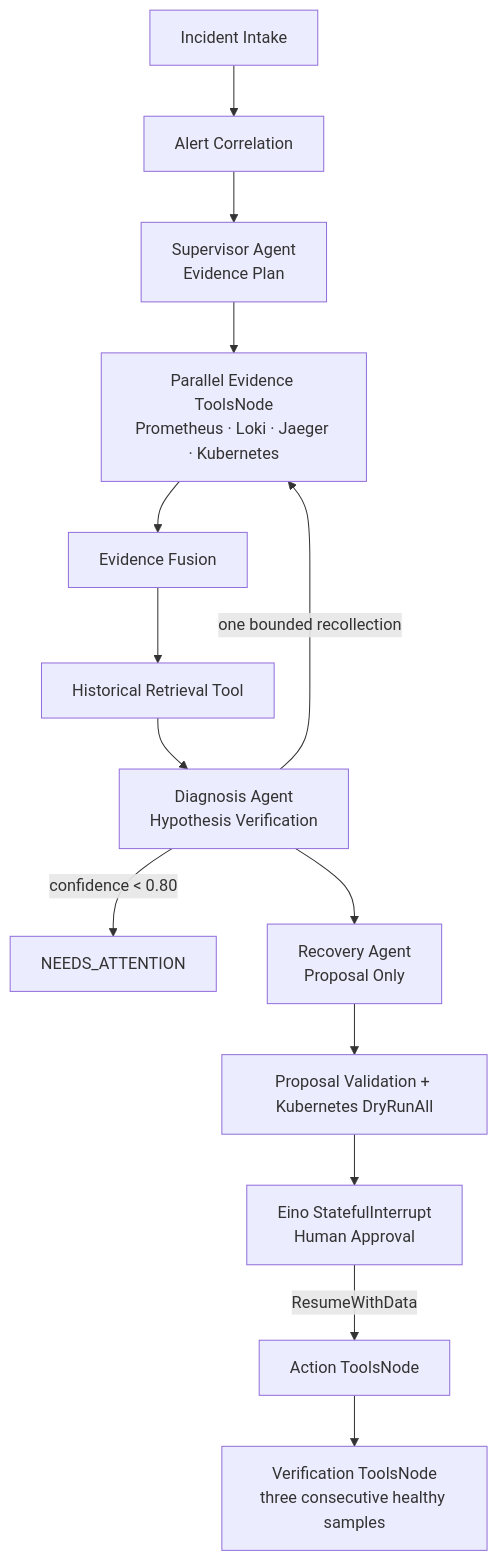
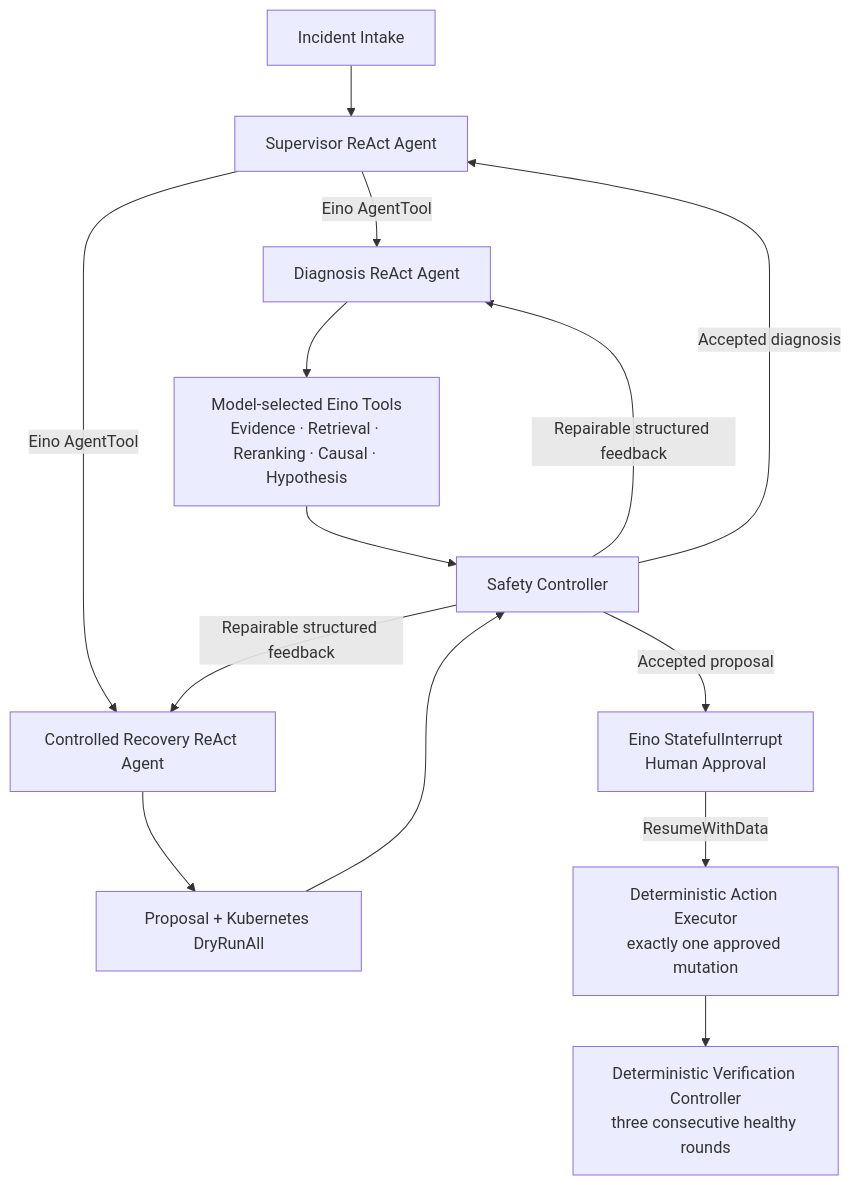
Before and after one commit to GongShichen/kubepilot-aiops: the diagram in README.md, drawn with Mermaid. The commit also changed other lines of this file and 101 other files, not shown here.

Commit message:
refactor: complete agent runtime and retrieval

````diff
--- a/README.md
+++ b/README.md
@@ -23,16 +23,16 @@
 ```mermaid
 flowchart TD
-    A["Incident Intake"] --> B["Alert Correlation"]
-    B --> S["Supervisor Agent<br/>Evidence Plan"]
-    S --> T["Parallel Evidence ToolsNode<br/>Prometheus · Loki · Jaeger · Kubernetes"]
-    T --> F["Evidence Fusion"]
-    F --> H["Historical Retrieval Tool"]
-    H --> D["Diagnosis Agent<br/>Hypothesis Verification"]
-    D -->|"one bounded recollection"| T
-    D -->|"confidence < 0.80"| N["NEEDS_ATTENTION"]
-    D --> R["Recovery Agent<br/>Proposal Only"]
-    R --> V["Proposal Validation + Kubernetes DryRunAll"]
-    V --> I["Eino StatefulInterrupt<br/>Human Approval"]
-    I -->|"ResumeWithData"| X["Action ToolsNode"]
-    X --> Q["Verification ToolsNode<br/>three consecutive healthy samples"]
+    A["Incident Intake"] --> S["Supervisor ReAct Agent"]
+    S -->|"Eino AgentTool"| D["Diagnosis ReAct Agent"]
+    D --> T["Model-selected Eino Tools<br/>Evidence · Retrieval · Reranking · Causal · Hypothesis"]
+    T --> G["Safety Controller"]
+    G -->|"Repairable structured feedback"| D
+    G -->|"Accepted diagnosis"| S
+    S -->|"Eino AgentTool"| R["Controlled Recovery ReAct Agent"]
+    R --> P["Proposal + Kubernetes DryRunAll"]
+    P --> G
+    G -->|"Repairable structured feedback"| R
+    G -->|"Accepted proposal"| I["Eino StatefulInterrupt<br/>Human Approval"]
+    I -->|"ResumeWithData"| X["Deterministic Action Executor<br/>exactly one approved mutation"]
+    X --> Q["Deterministic Verification Controller<br/>three consecutive healthy rounds"]
 ```
````
